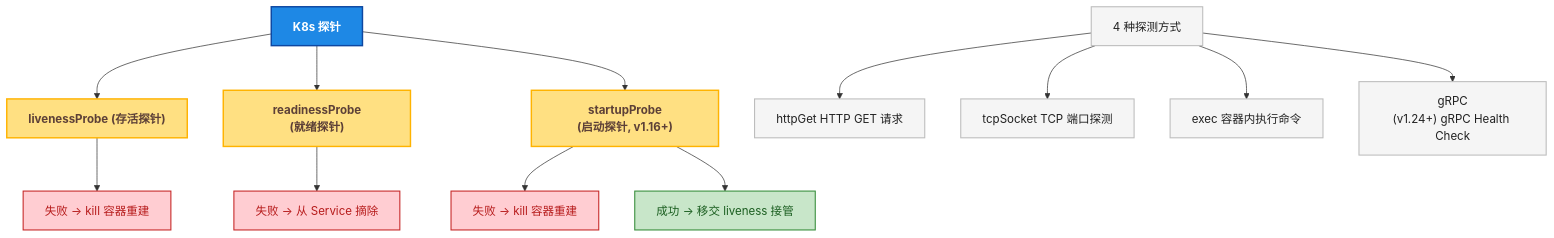
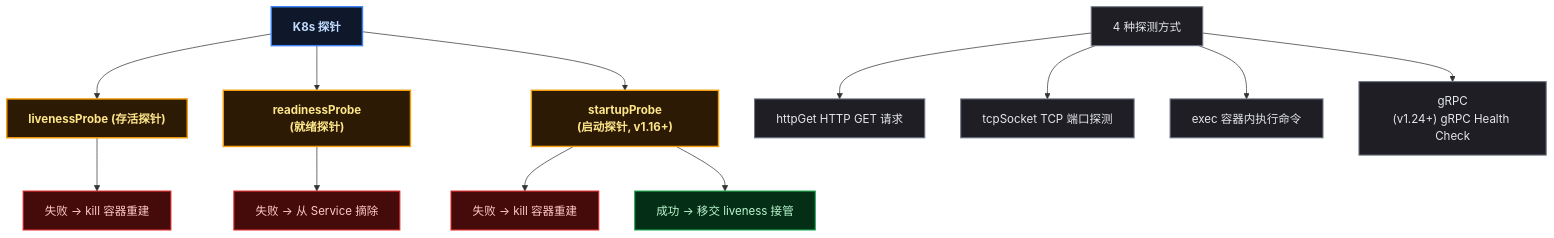
Before and after one commit to yaocat55/yaocat55.github.io: the first of 5 diagrams in content/posts/kubernetes/PodSurvivalGuide.md, drawn with Mermaid. The commit also changed other lines of this file and 155 other files, not shown here.

````diff
--- a/content/posts/kubernetes/PodSurvivalGuide.md
+++ b/content/posts/kubernetes/PodSurvivalGuide.md
@@ -76,33 +76,33 @@
 ```mermaid
 flowchart TD
   PROBE["K8s 探针"]
   PROBE --> L["livenessProbe&#xa(存活探针)"]
   PROBE --> R["readinessProbe&#xa(就绪探针)"]
   PROBE --> S["startupProbe&#xa(启动探针, v1.16+)"]
 
   L --> L_FAIL["失败 → kill 容器重建"]
   R --> R_FAIL["失败 → 从 Service 摘除"]
   S --> S_FAIL["失败 → kill 容器重建"]
   S --> S_OK["成功 → 移交 liveness 接管"]
 
   METHOD["4 种探测方式"]
   METHOD --> M1["httpGet&#xaHTTP GET 请求"]
   METHOD --> M2["tcpSocket&#xaTCP 端口探测"]
   METHOD --> M3["exec&#xa容器内执行命令"]
   METHOD --> M4["gRPC&#xa(v1.24+) gRPC Health Check"]
 
-  classDef probe fill:#1E88E5,stroke:#0D47A1,stroke-width:2px,color:#FFFFFF,font-weight:bold
+classDef probe fill:#0f172a,stroke:#3b82f6,stroke-width:2px,color:#bfdbfe,font-weight:bold;
   class PROBE probe
 
-  classDef three fill:#FFE082,stroke:#FFB300,stroke-width:2px,color:#5D4037,font-weight:bold
+classDef three fill:#2d1a05,stroke:#f59e0b,stroke-width:2px,color:#fde68a,font-weight:bold;
   class L,R,S three
 
-  classDef fail fill:#FFCDD2,stroke:#C62828,stroke-width:1.5px,color:#B71C1C
+classDef fail fill:#450a0a,stroke:#dc2626,stroke-width:1.5px,color:#fecaca;
   class L_FAIL,R_FAIL,S_FAIL fail
 
-  classDef ok fill:#C8E6C9,stroke:#388E3C,stroke-width:1.5px,color:#1B5E20
+classDef ok fill:#052e16,stroke:#16a34a,stroke-width:1.5px,color:#bbf7d0;
   class S_OK ok
 
-  classDef method fill:#F5F5F5,stroke:#BDBDBD,stroke-width:1.5px,color:#212121
+classDef method fill:#1e1e24,stroke:#6b7280,stroke-width:1.5px,color:#e5e7eb;
   class METHOD,M1,M2,M3,M4 method
 ```
````
